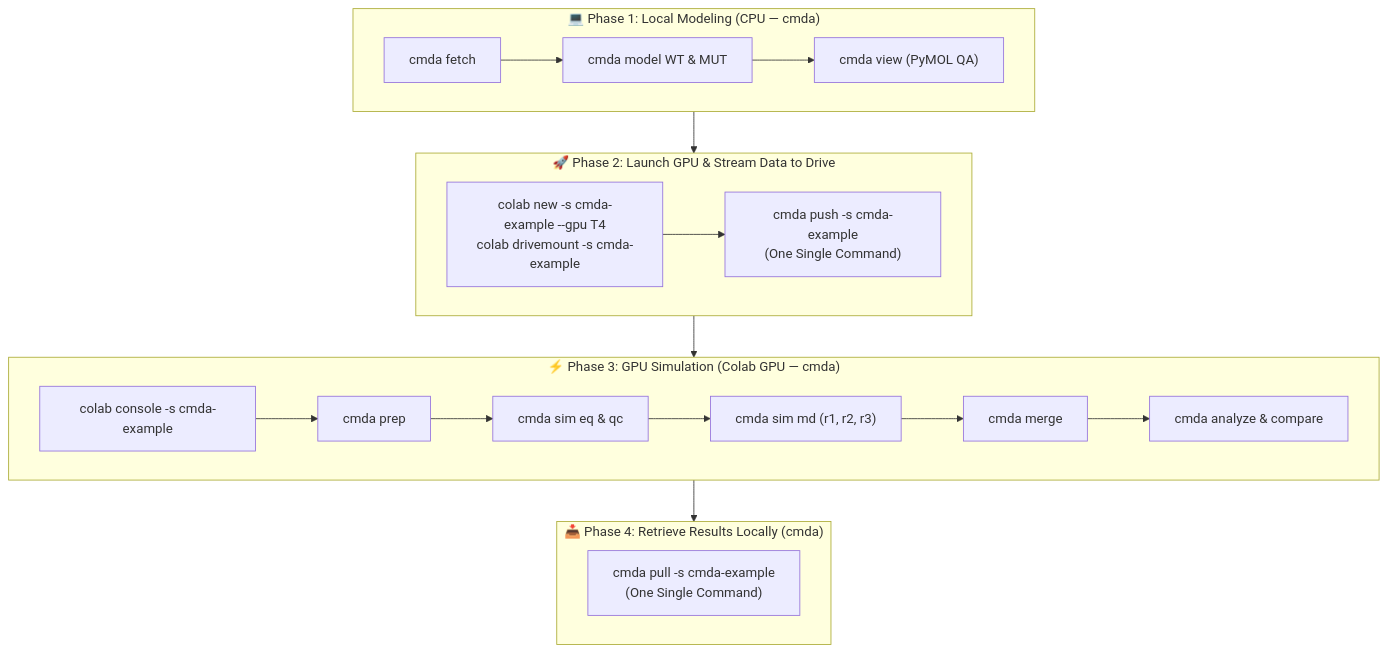
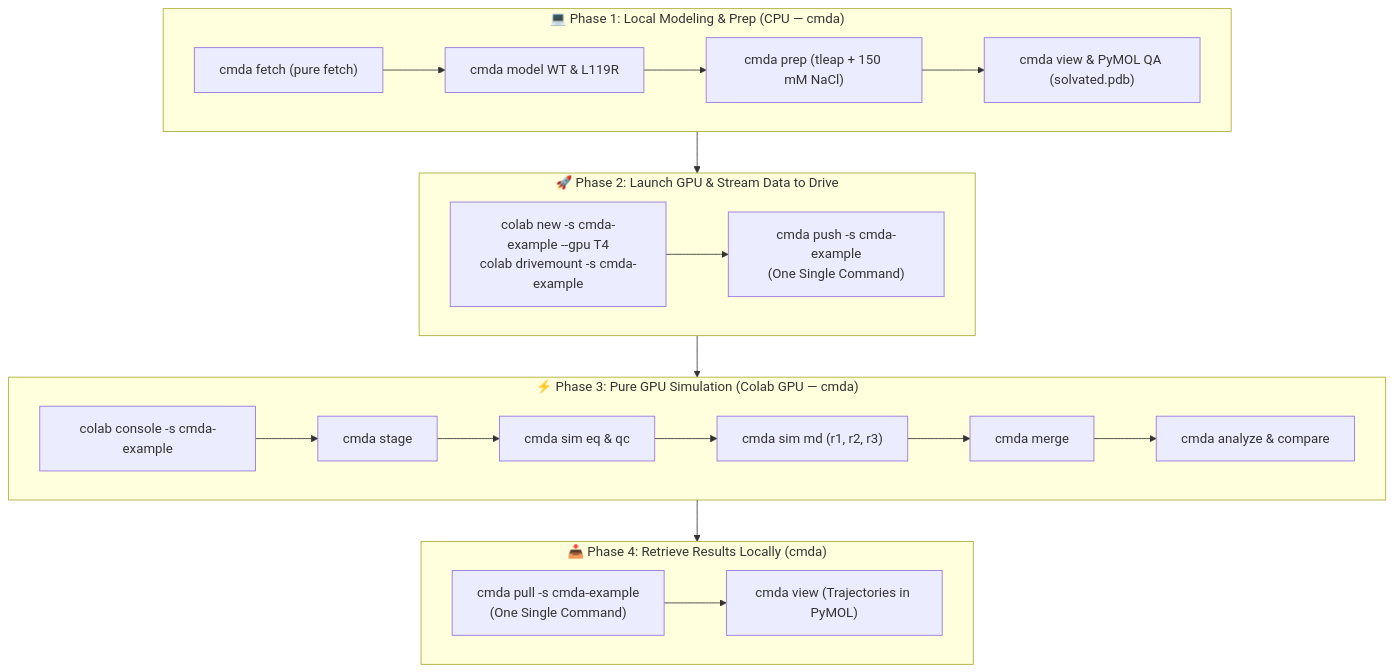
Before and after one commit to paulshamrat/ColabMDA: the second of 2 diagrams in README.md, drawn with Mermaid. The commit also changed other lines of this file and 4 other files, not shown here.

Commit message:
feat(setup,docs): unify setup.sh for local and colab, shift prep locally, and enrich technical docs

````diff
--- a/README.md
+++ b/README.md
@@ -156,24 +150,26 @@
 ```mermaid
 flowchart TD
-    subgraph P1 ["💻 Phase 1: Local Modeling (CPU — cmda)"]
-        F["cmda fetch"] --> M["cmda model WT & MUT"]
-        M --> V["cmda view (PyMOL QA)"]
+    subgraph P1 ["💻 Phase 1: Local Modeling & Prep (CPU — cmda)"]
+        F["cmda fetch (pure fetch)"] --> M["cmda model WT & L119R"]
+        M --> PR["cmda prep (tleap + 150 mM NaCl)"]
+        PR --> V["cmda view & PyMOL QA (solvated.pdb)"]
     end
     subgraph P2 ["🚀 Phase 2: Launch GPU & Stream Data to Drive"]
         L["colab new -s cmda-example --gpu T4<br/>colab drivemount -s cmda-example"] --> P["cmda push -s cmda-example<br/>(One Single Command)"]
     end
-    subgraph P3 ["⚡ Phase 3: GPU Simulation (Colab GPU — cmda)"]
-        C["colab console -s cmda-example"] --> PR["cmda prep"]
-        PR --> EQ["cmda sim eq & qc"]
+    subgraph P3 ["⚡ Phase 3: Pure GPU Simulation (Colab GPU — cmda)"]
+        C["colab console -s cmda-example"] --> ST["cmda stage"]
+        ST --> EQ["cmda sim eq & qc"]
         EQ --> MD["cmda sim md (r1, r2, r3)"]
         MD --> MR["cmda merge"]
         MR --> AN["cmda analyze & compare"]
     end
     subgraph P4 ["📥 Phase 4: Retrieve Results Locally (cmda)"]
         DL["cmda pull -s cmda-example<br/>(One Single Command)"]
+        DL --> VW["cmda view (Trajectories in PyMOL)"]
     end
 
     P1 --> P2
     P2 --> P3
     P3 --> P4
 ```
````
